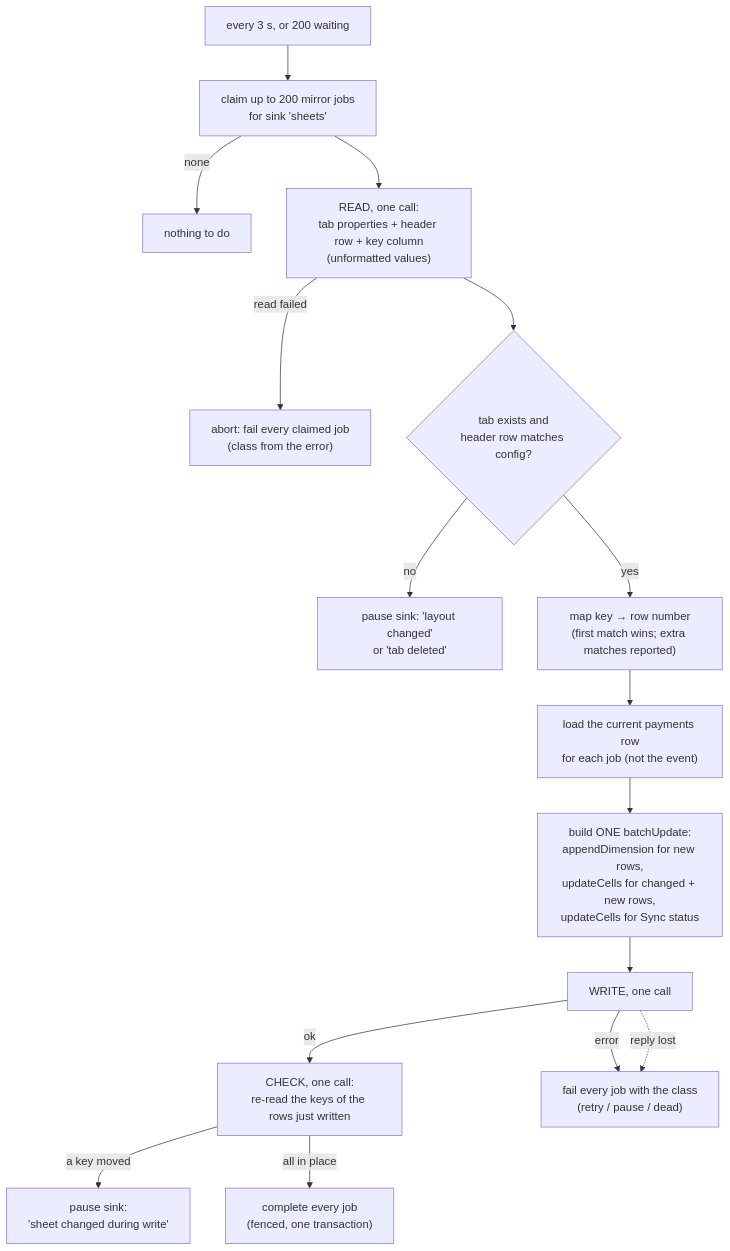
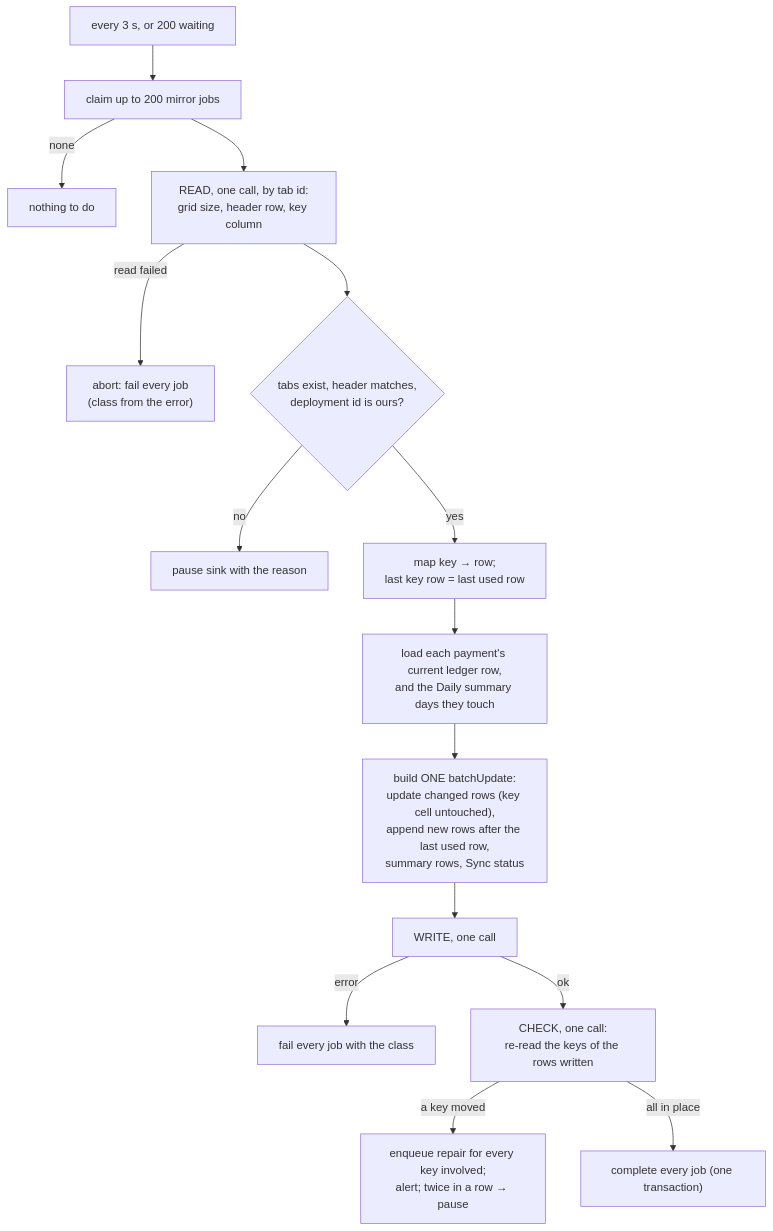
Before and after one commit to lalitkarthik/webhook-sync: the first of 2 diagrams in docs/design/sheets-sink.md, drawn with Mermaid. The commit also changed other lines of this file and 23 other files, not shown here.

````diff
--- a/docs/design/sheets-sink.md
+++ b/docs/design/sheets-sink.md
@@ -27,18 +31,17 @@
 ```mermaid
 flowchart TD
-  T["every 3 s, or 200 waiting"] --> CL["claim up to 200 mirror jobs<br/>for sink 'sheets'"]
+  T["every 3 s, or 200 waiting"] --> CL["claim up to 200 mirror jobs"]
   CL -- none --> IDLE["nothing to do"]
-  CL --> RD["READ, one call:<br/>tab properties + header row + key column<br/>(unformatted values)"]
-  RD -- "read failed" --> AB["abort: fail every claimed job<br/>(class from the error)"]
-  RD --> HC{"tab exists and<br/>header row matches config?"}
-  HC -- no --> PA["pause sink: 'layout changed'<br/>or 'tab deleted'"]
-  HC -- yes --> MAP["map key → row number<br/>(first match wins; extra matches reported)"]
-  MAP --> LD["load the current payments row<br/>for each job (not the event)"]
-  LD --> BLD["build ONE batchUpdate:<br/>appendDimension for new rows,<br/>updateCells for changed + new rows,<br/>updateCells for Sync status"]
+  CL --> RD["READ, one call, by tab id:<br/>grid size, header row, key column"]
+  RD -- "read failed" --> AB["abort: fail every job<br/>(class from the error)"]
+  RD --> HC{"tabs exist, header matches,<br/>deployment id is ours?"}
+  HC -- no --> PA["pause sink with the reason"]
+  HC -- yes --> MAP["map key → row;<br/>last key row = last used row"]
+  MAP --> LD["load each payment's current ledger row,<br/>and the Daily summary days they touch"]
+  LD --> BLD["build ONE batchUpdate:<br/>update changed rows (key cell untouched),<br/>append new rows after the last used row,<br/>summary rows, Sync status"]
   BLD --> WR["WRITE, one call"]
-  WR -- ok --> CHK["CHECK, one call:<br/>re-read the keys of the rows just written"]
-  CHK -- "a key moved" --> PB["pause sink:<br/>'sheet changed during write'"]
-  CHK -- "all in place" --> DONE["complete every job<br/>(fenced, one transaction)"]
-  WR -- "error" --> FAIL["fail every job with the class<br/>(retry / pause / dead)"]
-  WR -. "reply lost" .-> FAIL
+  WR -- error --> FL["fail every job with the class"]
+  WR -- ok --> CHK["CHECK, one call:<br/>re-read the keys of the rows written"]
+  CHK -- "a key moved" --> RP["enqueue repair for every key involved;<br/>alert; twice in a row → pause"]
+  CHK -- "all in place" --> DONE["complete every job (one transaction)"]
 ```
````
